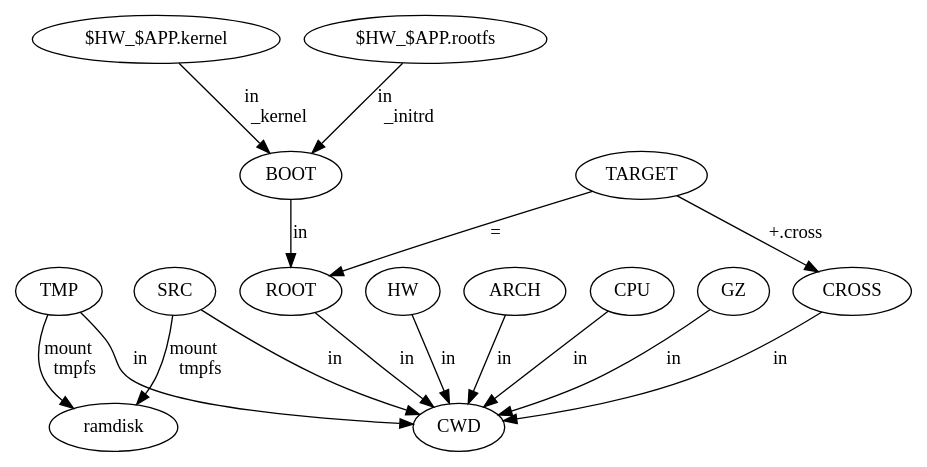
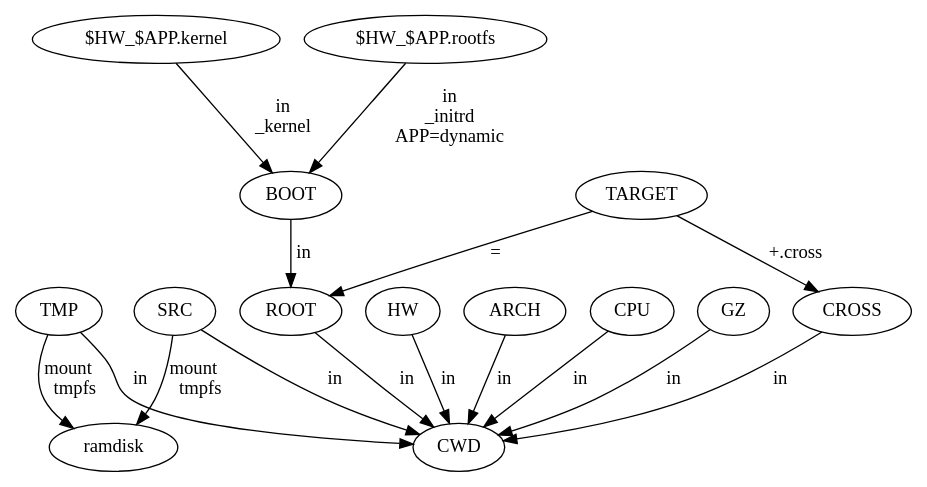
The diagram in doc/cross/02.dot (ponyatov/DLR), drawn with Graphviz before and after one commit. The commit also changed 9 other files, not shown here.

```diff
--- a/doc/cross/02.dot
+++ b/doc/cross/02.dot
@@ -1,17 +1,17 @@
 digraph {
 GZ -> CWD [label=in];
 CROSS -> CWD [label=in];
 TMP -> CWD [label=in];
 SRC -> CWD [label=in];
 ROOT -> CWD [label=in];
-BOOT -> ROOT [label=in];
+BOOT -> ROOT [label="\ in"];
 TARGET -> CROSS [label="+.cross"];
 TARGET -> ROOT [label="="];
 HW -> CWD [label=in];
 ARCH -> CWD [label=in];
 CPU -> CWD [label=in];
 TMP -> ramdisk [label="mount\ltmpfs"];
 SRC -> ramdisk [label="mount\ltmpfs"];
-"$HW_$APP.kernel" -> BOOT [label="in\l_kernel"];
-"$HW_$APP.rootfs" -> BOOT [label="in\l_initrd"];
+"$HW_$APP.kernel" -> BOOT [label="in\n_kernel"];
+"$HW_$APP.rootfs" -> BOOT [label="in\n_initrd\nAPP=dynamic"];
 }
```
